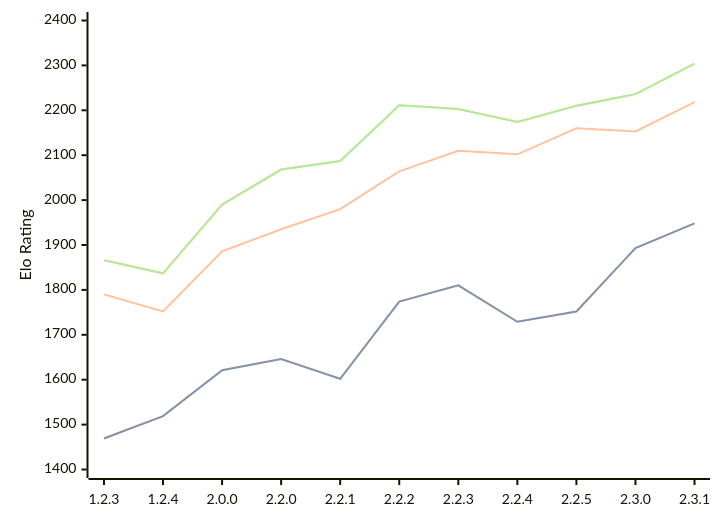
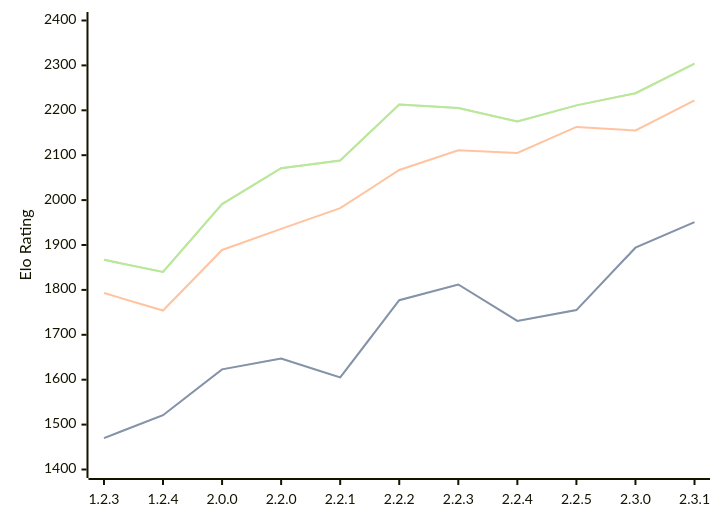
The diagram in engines/Kreveta.md (computer-chess-index/cci), drawn with Mermaid before and after one commit. The commit also changed other lines of this file, not shown here.

Commit message:
Update CCI Ratings (ELO VLTC) - 2026-08-22

````diff
--- a/engines/Kreveta.md
+++ b/engines/Kreveta.md
@@ -43,11 +43,11 @@
 ```mermaid
 %%{init: {"theme":"base","themeVariables":{"seriesColors:['#a3a3a3','#222221','#faa371']}}}%%
 xychart-beta
   x-axis ["1.2.3", "1.2.4", "2.0.0", "2.2.0", "2.2.1", "2.2.2", "2.2.3", "2.2.4", "2.2.5", "2.3.0", "2.3.1"]
   y-axis "Elo Rating" 1400 --> 2400
-  line "STC (8.0+0.08s)" [1469, 1519, 1621, 1646, 1602, 1774, 1810, 1729, 1752, 1893, 1948]
-  line "STC (8.0+0.08s)" [1469, 1519, 1621, 1646, 1602, 1774, 1810, 1729, 1752, 1893, 1948]
-  line "LTC (60.0+0.60s)" [1790, 1752, 1886, 1935, 1980, 2064, 2110, 2102, 2160, 2153, 2218]
-  line "VLTC (2m24s+1.12s)" [1866, 1837, 1990, 2068, 2087, 2211, 2203, 2174, 2210, 2236, 2304]
-  line "VLTC (2m24s+1.12s)" [1866, 1837, 1990, 2068, 2087, 2211, 2203, 2174, 2210, 2236, 2304]
+  line "STC (8.0+0.08s)" [1470, 1521, 1623, 1647, 1605, 1777, 1812, 1731, 1755, 1894, 1951]
+  line "STC (8.0+0.08s)" [1470, 1521, 1623, 1647, 1605, 1777, 1812, 1731, 1755, 1894, 1951]
+  line "LTC (60.0+0.60s)" [1793, 1754, 1889, 1936, 1982, 2067, 2111, 2105, 2163, 2155, 2222]
+  line "VLTC (2m24s+1.12s)" [1867, 1840, 1991, 2071, 2088, 2213, 2205, 2175, 2211, 2238, 2304]
+  line "VLTC (2m24s+1.12s)" [1867, 1840, 1991, 2071, 2088, 2213, 2205, 2175, 2211, 2238, 2304]
 ```
````
